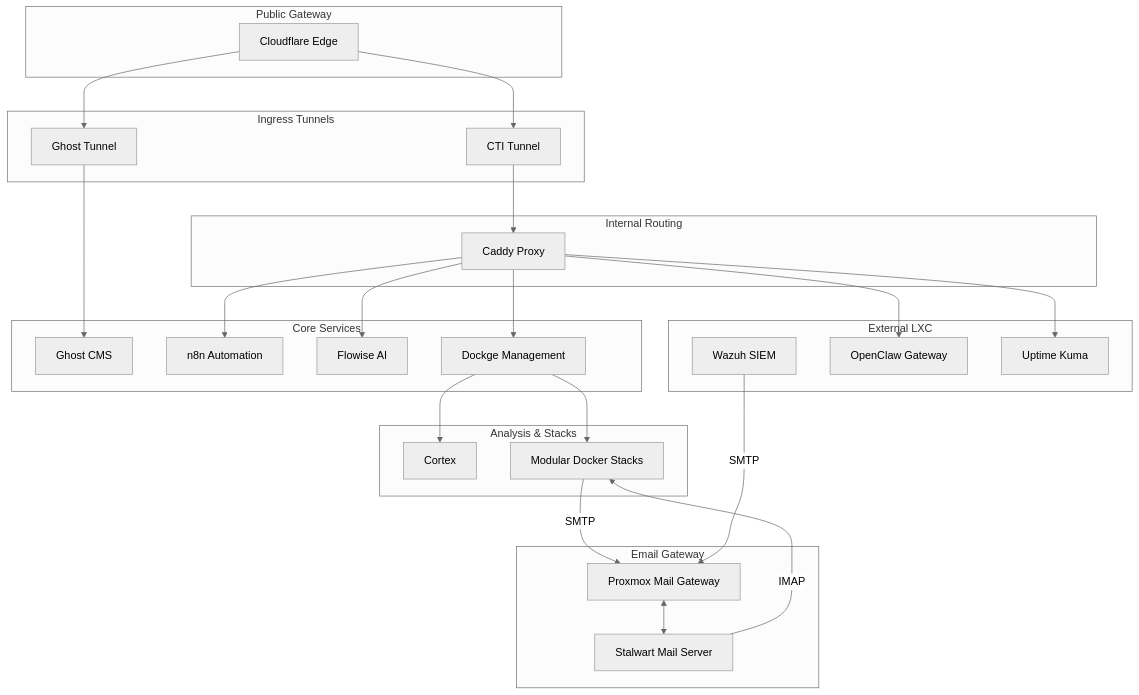
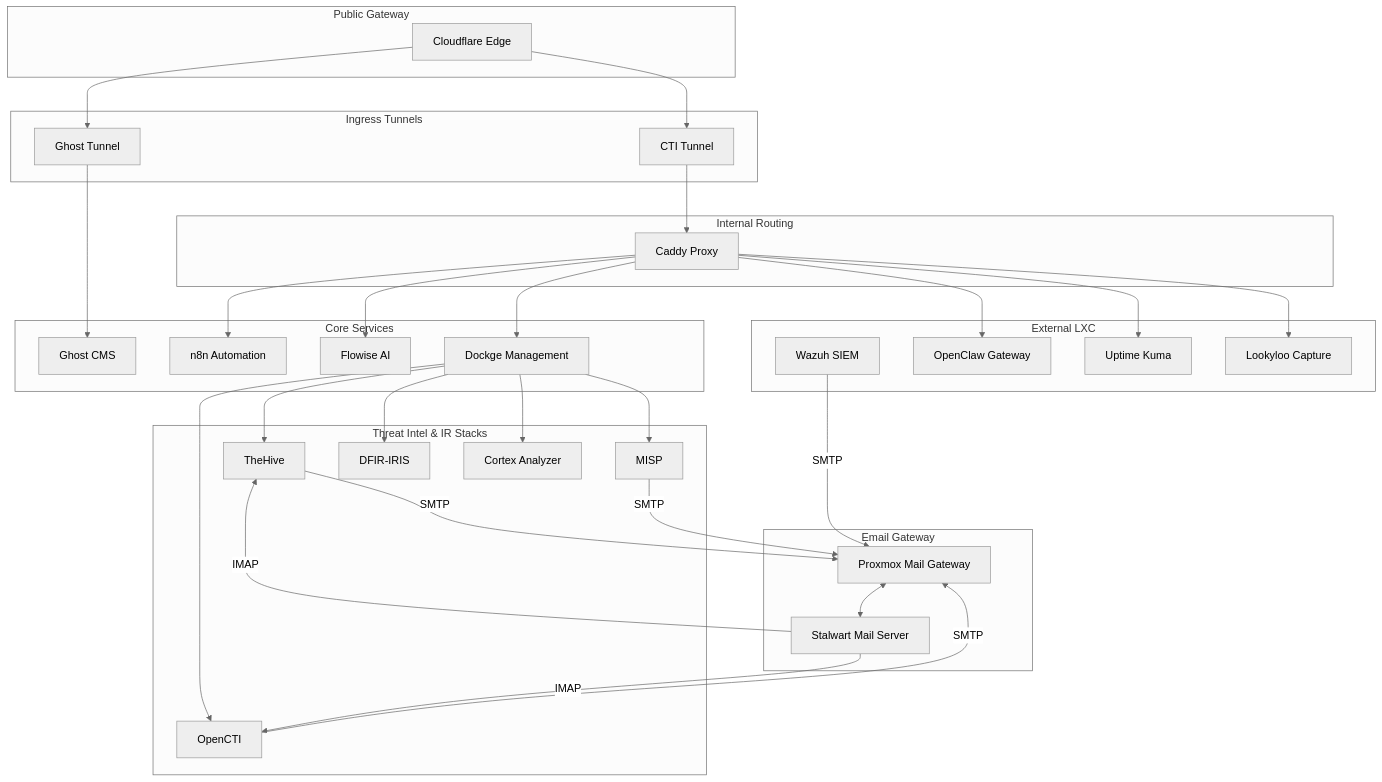
Before and after one commit to JazenaYLA/threatlabs-cti-stack: the diagram in README.md, drawn with Mermaid (neutral theme).

Commit message:
docs: refine architecture diagrams with Lookyloo and major CTI components

````diff
--- a/README.md
+++ b/README.md
@@ -9,54 +9,58 @@
 ```mermaid
     graph TD
 
     subgraph "Public Gateway"
         CF[Cloudflare Edge]
     end
 
     subgraph "Ingress Tunnels"
         GT[Ghost Tunnel]
         CT[CTI Tunnel]
     end
 
     subgraph "Internal Routing"
         Caddy[Caddy Proxy]
     end
 
     subgraph "Core Services"
         Ghost[Ghost CMS]
         n8n[n8n Automation]
         Flowise[Flowise AI]
         Dockge[Dockge Management]
     end
 
-    subgraph "Analysis & Stacks"
-        Cortex[Cortex]
-        Stacks[Modular Docker Stacks]
+    subgraph "Threat Intel & IR Stacks"
+        TheHive[TheHive]
+        MISP[MISP]
+        OpenCTI[OpenCTI]
+        IRIS[DFIR-IRIS]
+        Cortex[Cortex Analyzer]
     end
 
     subgraph "External LXC"
         Wazuh[Wazuh SIEM]
         OpenClaw[OpenClaw Gateway]
         Kuma[Uptime Kuma]
+        Lookyloo[Lookyloo Capture]
     end
 
     subgraph "Email Gateway"
         PMG[Proxmox Mail Gateway]
         Stalwart[Stalwart Mail Server]
     end
 
     %% Routing
     CF --> GT & CT
     GT --> Ghost
     CT --> Caddy
     
-    Caddy --> n8n & Flowise & Dockge & OpenClaw & Kuma
+    Caddy --> n8n & Flowise & Dockge & OpenClaw & Kuma & Lookyloo
     
-    Dockge --> Cortex & Stacks
+    Dockge --> TheHive & MISP & OpenCTI & IRIS & Cortex
     
     %% Email Flow
     PMG <--> Stalwart
-    Stacks -- SMTP --> PMG
-    Stalwart -- IMAP --> Stacks
+    TheHive & MISP & OpenCTI -- SMTP --> PMG
+    Stalwart -- IMAP --> TheHive & OpenCTI
     Wazuh -- SMTP --> PMG
 ```
````
